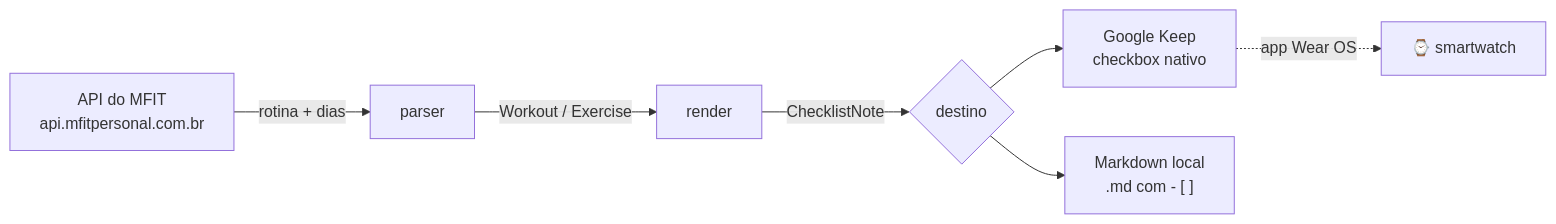
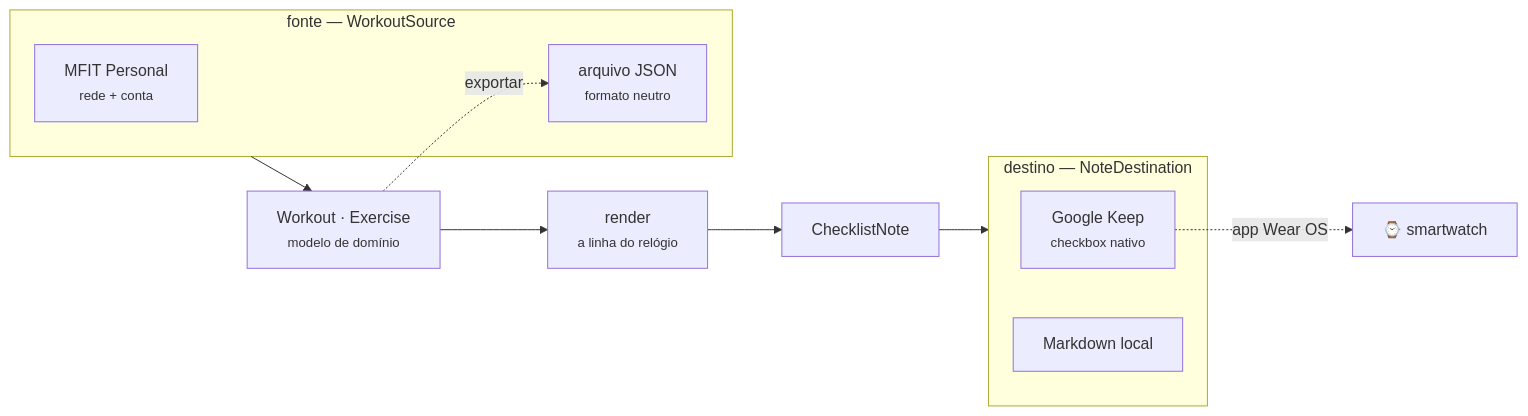
The diagram in README.md (Bruno-Mascarenhas/mfit2keep), drawn with Mermaid before and after one commit. The commit also changed other lines of this file and 36 other files, not shown here.

````diff
--- a/README.md
+++ b/README.md
@@ -47,9 +49,20 @@
 ```mermaid
 flowchart LR
-    A["API do MFIT<br/>api.mfitpersonal.com.br"] -->|rotina + dias| B["parser"]
-    B -->|Workout / Exercise| C["render"]
-    C -->|ChecklistNote| D{"destino"}
-    D --> E["Google Keep<br/>checkbox nativo"]
-    D --> F["Markdown local<br/>.md com - [ ]"]
-    E -.->|app Wear OS| G["⌚ smartwatch"]
+    subgraph fontes["fonte — WorkoutSource"]
+        M["MFIT Personal<br/><small>rede + conta</small>"]
+        J["arquivo JSON<br/><small>formato neutro</small>"]
+    end
+
+    fontes --> W["Workout · Exercise<br/><small>modelo de domínio</small>"]
+    W -.->|exportar| J
+    W --> R["render<br/><small>a linha do relógio</small>"]
+    R --> N["ChecklistNote"]
+
+    subgraph destinos["destino — NoteDestination"]
+        K["Google Keep<br/><small>checkbox nativo</small>"]
+        L["Markdown local"]
+    end
+
+    N --> destinos
+    K -.->|app Wear OS| S["⌚ smartwatch"]
 ```
````
